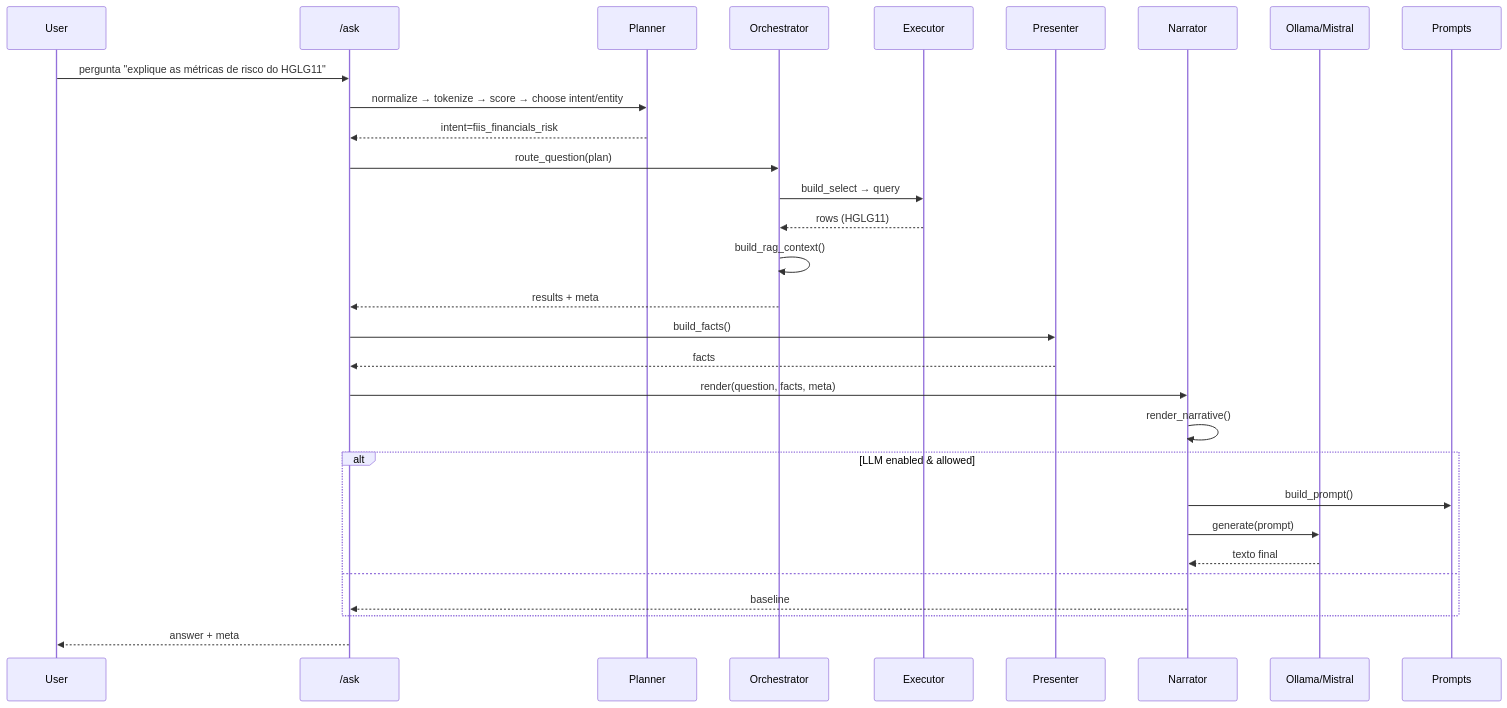
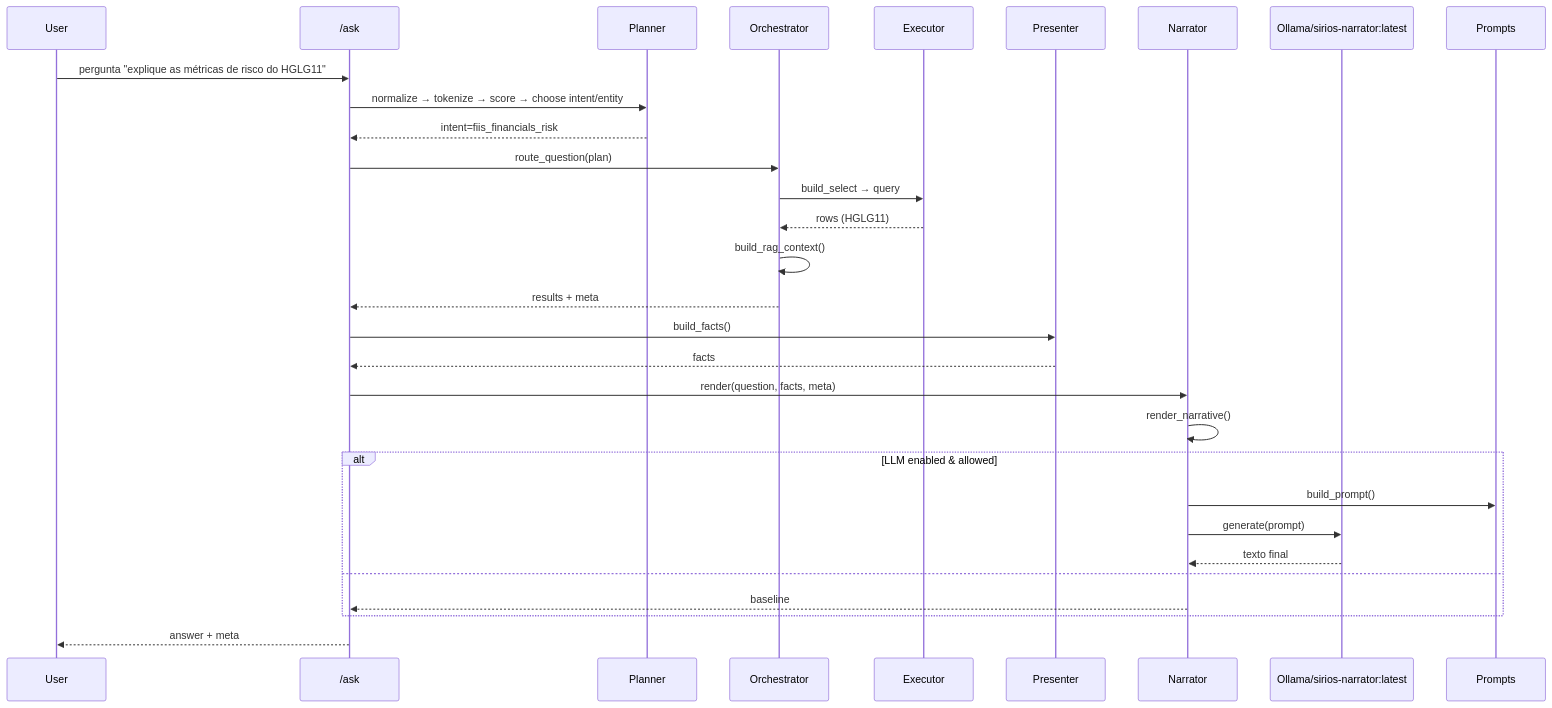
The diagram in docs/dev/NARRATOR_FLOW_RISK_SINGLE_PATH.md (leleoaraxa/araquem), drawn with Mermaid before and after one commit. The commit also changed 2 other files, not shown here.

Commit message:
fix: checklist

````diff
--- a/docs/dev/NARRATOR_FLOW_RISK_SINGLE_PATH.md
+++ b/docs/dev/NARRATOR_FLOW_RISK_SINGLE_PATH.md
@@ -264,32 +264,32 @@
 ```mermaid
 sequenceDiagram
     participant User
     participant API as /ask
     participant Planner
     participant Orchestrator
     participant Executor
     participant Presenter
     participant Narrator
-    participant LLM as Ollama/Mistral
+    participant LLM as Ollama/sirios-narrator:latest
 
     User ->> API: pergunta "explique as métricas de risco do HGLG11"
     API ->> Planner: normalize → tokenize → score → choose intent/entity
     Planner -->> API: intent=fiis_financials_risk
     API ->> Orchestrator: route_question(plan)
     Orchestrator ->> Executor: build_select → query
     Executor -->> Orchestrator: rows (HGLG11)
     Orchestrator ->> Orchestrator: build_rag_context()
     Orchestrator -->> API: results + meta
     API ->> Presenter: build_facts()
     Presenter -->> API: facts
     API ->> Narrator: render(question, facts, meta)
     Narrator ->> Narrator: render_narrative()
     alt LLM enabled & allowed
         Narrator ->> Prompts: build_prompt()
         Narrator ->> LLM: generate(prompt)
         LLM -->> Narrator: texto final
     else
         Narrator -->> API: baseline
     end
     API -->> User: answer + meta
 ```
````
